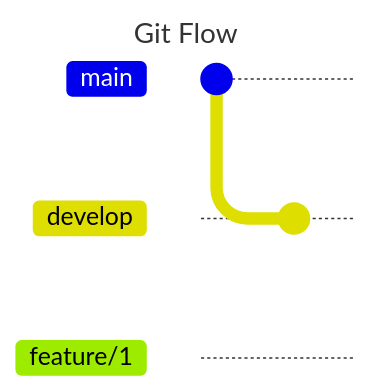
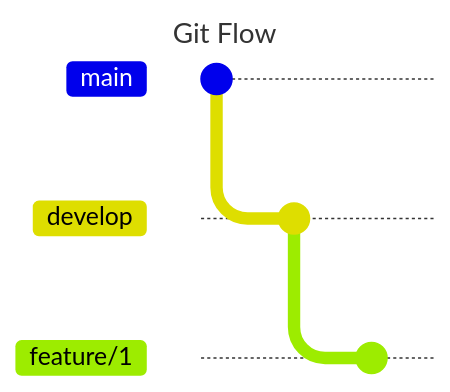
The diagram in README.md (Weydon-Ding/learn-gitflow), drawn with Mermaid before and after one commit. Commit ids are hidden.

Commit message:
feat: commit feature/1

````diff
--- a/README.md
+++ b/README.md
@@ -3,13 +3,16 @@
 ```mermaid
 ---
 title: Git Flow
 ---
 
 gitGraph
 
 commit
 branch develop
 
 commit
 branch feature/1
+
+checkout feature/1
+commit
 ```
````
